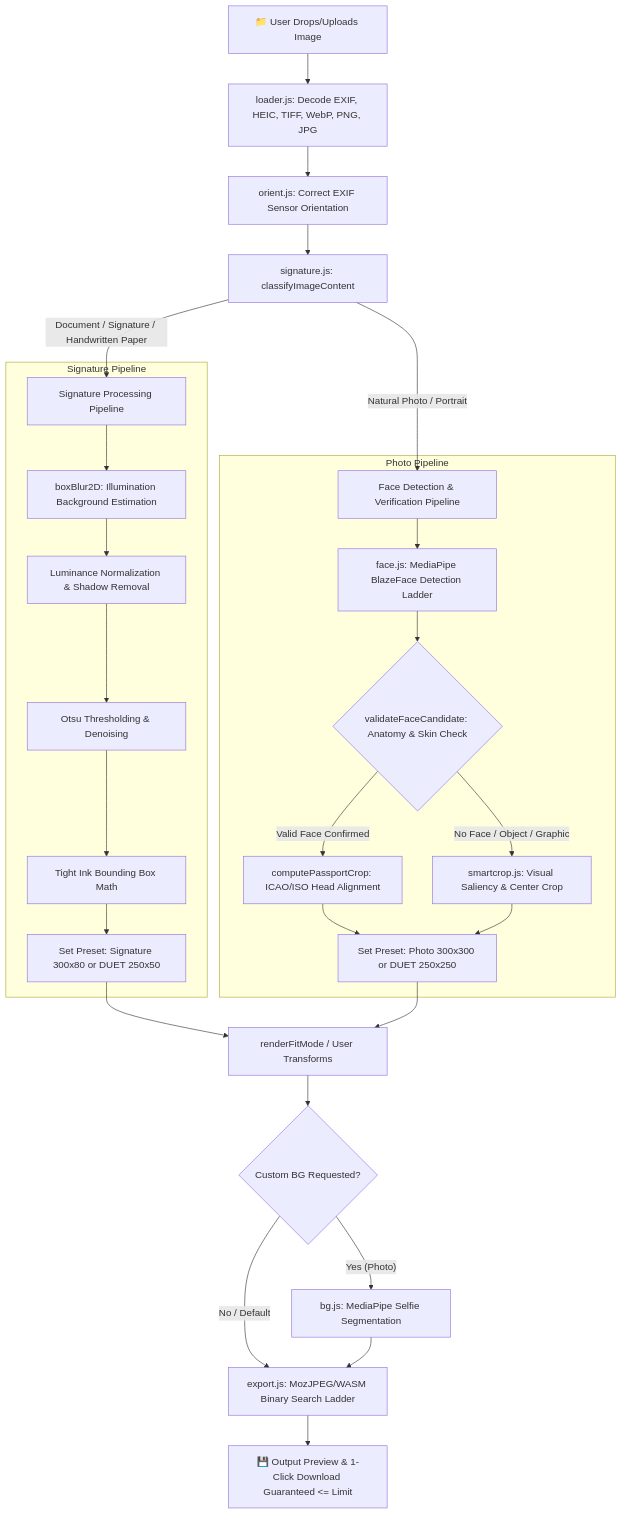
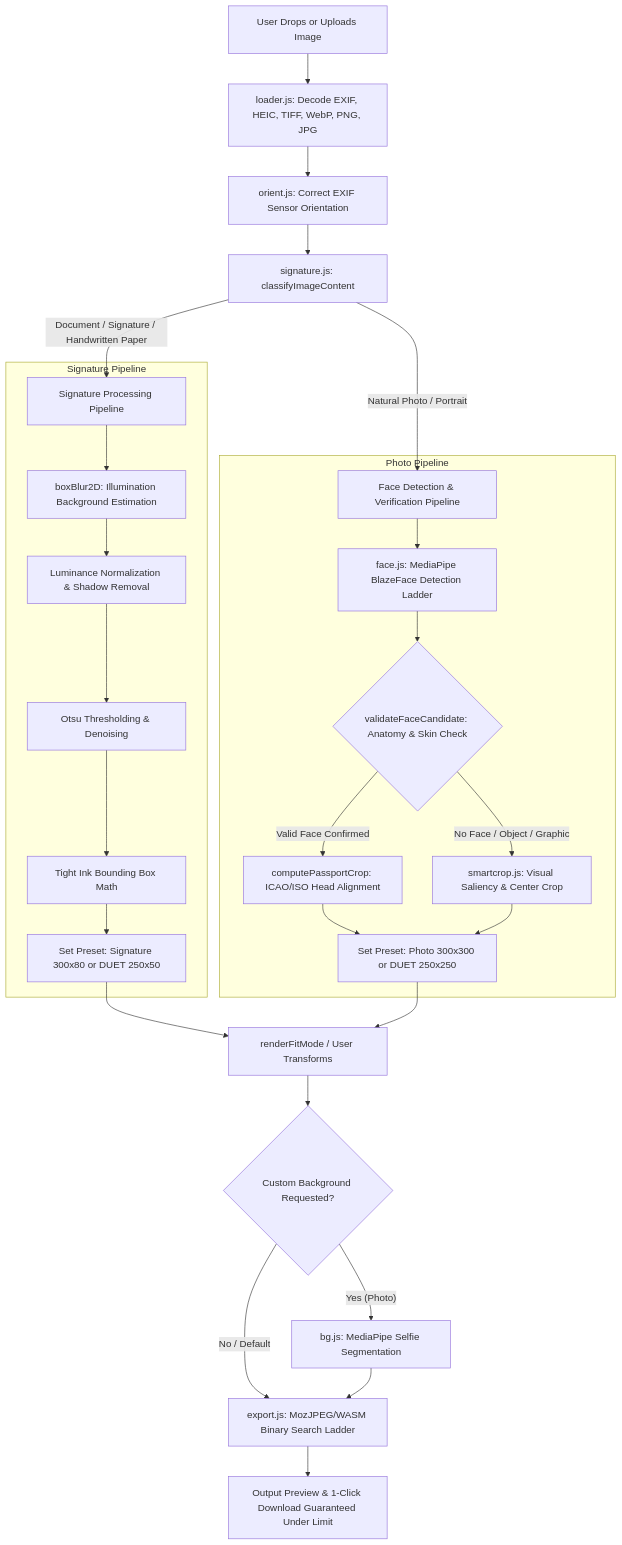
Before and after one commit to humayunk45423/SnapSignFit: the diagram in README.md, drawn with Mermaid. The commit also changed other lines of this file, not shown here.

````diff
--- a/README.md
+++ b/README.md
@@ -38,36 +38,36 @@
 ```mermaid
 graph TD
-    Upload[📁 User Drops/Uploads Image] --> Loader[loader.js: Decode EXIF, HEIC, TIFF, WebP, PNG, JPG]
+    Upload[User Drops or Uploads Image] --> Loader[loader.js: Decode EXIF, HEIC, TIFF, WebP, PNG, JPG]
     Loader --> Orient[orient.js: Correct EXIF Sensor Orientation]
     Orient --> Classifier[signature.js: classifyImageContent]
     
     Classifier -- "Document / Signature / Handwritten Paper" --> SigPipeline[Signature Processing Pipeline]
     Classifier -- "Natural Photo / Portrait" --> FacePipeline[Face Detection & Verification Pipeline]
     
     subgraph "Signature Pipeline"
         SigPipeline --> BoxBlur[boxBlur2D: Illumination Background Estimation]
         BoxBlur --> Norm[Luminance Normalization & Shadow Removal]
         Norm --> Otsu[Otsu Thresholding & Denoising]
         Otsu --> SigCrop[Tight Ink Bounding Box Math]
         SigCrop --> AutoPresetSig[Set Preset: Signature 300x80 or DUET 250x50]
     end
     
     subgraph "Photo Pipeline"
         FacePipeline --> BlazeFace[face.js: MediaPipe BlazeFace Detection Ladder]
         BlazeFace --> FaceVal{validateFaceCandidate: Anatomy & Skin Check}
         FaceVal -- "Valid Face Confirmed" --> PassportMath[computePassportCrop: ICAO/ISO Head Alignment]
         FaceVal -- "No Face / Object / Graphic" --> Saliency[smartcrop.js: Visual Saliency & Center Crop]
         PassportMath --> AutoPresetPhoto[Set Preset: Photo 300x300 or DUET 250x250]
         Saliency --> AutoPresetPhoto
     end
     
     AutoPresetSig --> Render[renderFitMode / User Transforms]
     AutoPresetPhoto --> Render
     
-    Render --> BgFilter{Custom BG Requested?}
+    Render --> BgFilter{Custom Background Requested?}
     BgFilter -- "Yes (Photo)" --> BgEngine[bg.js: MediaPipe Selfie Segmentation]
     BgFilter -- "No / Default" --> Export[export.js: MozJPEG/WASM Binary Search Ladder]
     BgEngine --> Export
     
-    Export --> Output[💾 Output Preview & 1-Click Download Guaranteed <= Limit]
+    Export --> Output[Output Preview & 1-Click Download Guaranteed Under Limit]
 ```
````
